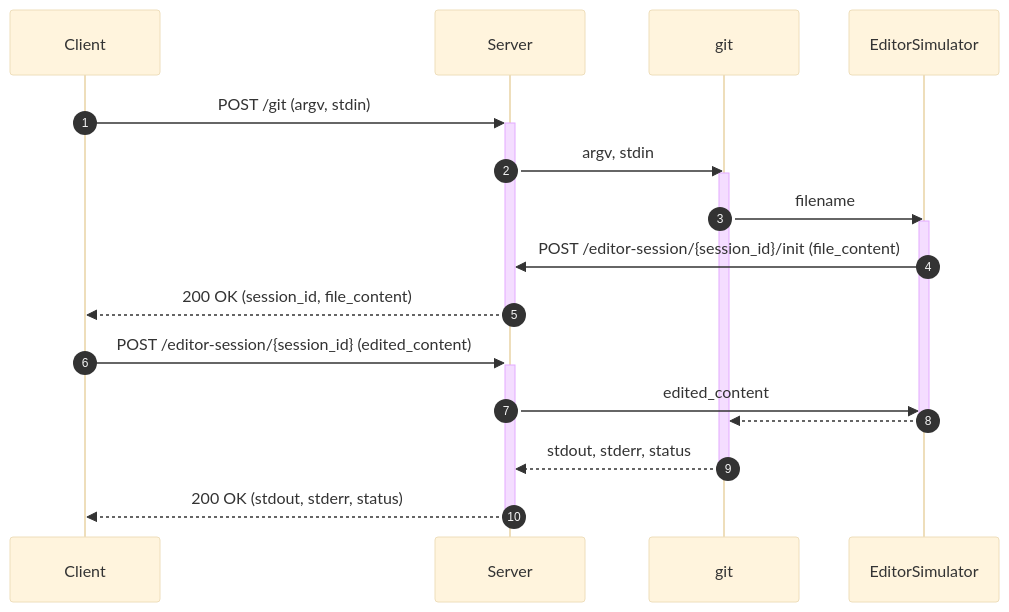
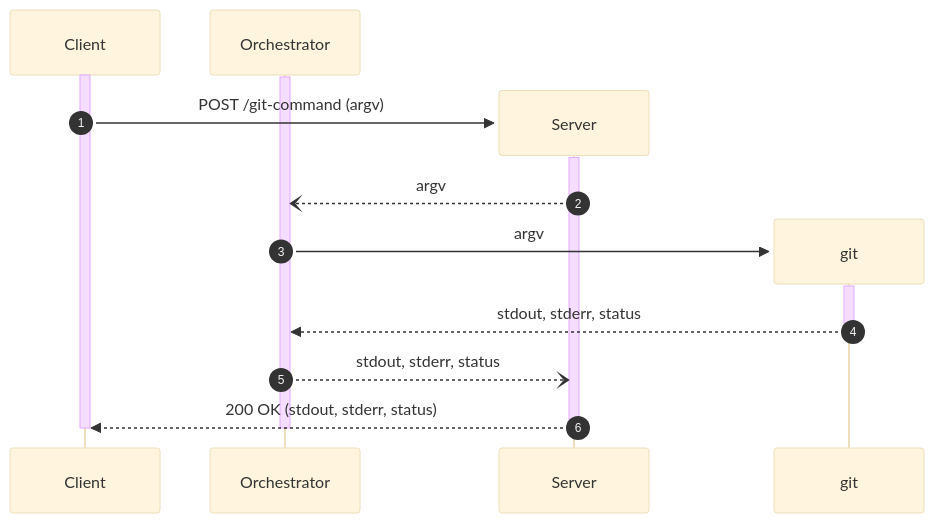
Before and after one commit to CR1337/git-educational-game-backend: the fifth of 6 diagrams in doc/git-communication.md, drawn with Mermaid (base theme). The commit also changed other lines of this file and 4 other files, not shown here.

Commit message:
cleanup & diagrams

````diff
--- a/doc/git-communication.md
+++ b/doc/git-communication.md
@@ -55,26 +128,30 @@
 ```mermaid
 sequenceDiagram
     autonumber
     participant Client
-    participant Server
-    participant git
-    participant EditorSimulator
+    participant Orchestrator
 
-    Client ->>+ Server: POST /git (argv, stdin)
-        Server ->> git: argv, stdin
+    activate Client
+    activate Orchestrator
+    
+    create participant Server
+    Client ->> Server: POST /git-command (argv)
+    activate Server
+
+        Server --) Orchestrator: argv
+
+            create participant git
+            Orchestrator ->> git: argv
             activate git
-            git ->> EditorSimulator: filename
-        activate EditorSimulator
-        EditorSimulator ->> Server: POST /editor-session/{session_id}/init (file_content)
-    Server -->>- Client: 200 OK (session_id, file_content)
 
-    Client ->>+ Server: POST /editor-session/{session_id} (edited_content)
-        Server ->> EditorSimulator: edited_content
-            EditorSimulator -->> git: 
-            deactivate EditorSimulator
+            git -->> Orchestrator: stdout, stderr, status
+            deactivate git
 
+        Orchestrator --) Server: stdout, stderr, status
 
-        git -->> Server: stdout, stderr, status
-        deactivate git
-    Server -->>- Client: 200 OK (stdout, stderr, status)
+    Server -->> Client: 200 OK (stdout, stderr, status)
+    deactivate Server
+
+    deactivate Orchestrator
+    deactivate Client
 ```
````
